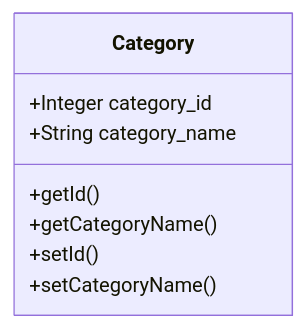
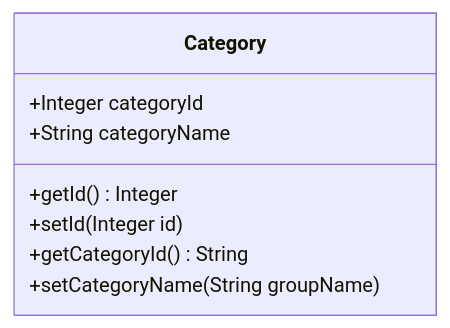
Before and after one commit to UniOfGreenwich/elee1149-coursework--team-chlk: the diagram in class_diagrams/category_classes.md, drawn with Mermaid.

````diff
--- a/class_diagrams/category_classes.md
+++ b/class_diagrams/category_classes.md
@@ -2,9 +2,11 @@
 ```mermaid
 classDiagram
-Category: +Integer category_id
-Category: +String category_name
-Category: +getId()
-Category: +getCategoryName()
-Category: +setId()
-Category: +setCategoryName()
+class Category {
+    +Integer categoryId
+    +String categoryName
+    +getId() Integer
+    +setId(Integer id)
+    +getCategoryId() String
+    +setCategoryName(String groupName)
+}
 ```
````
